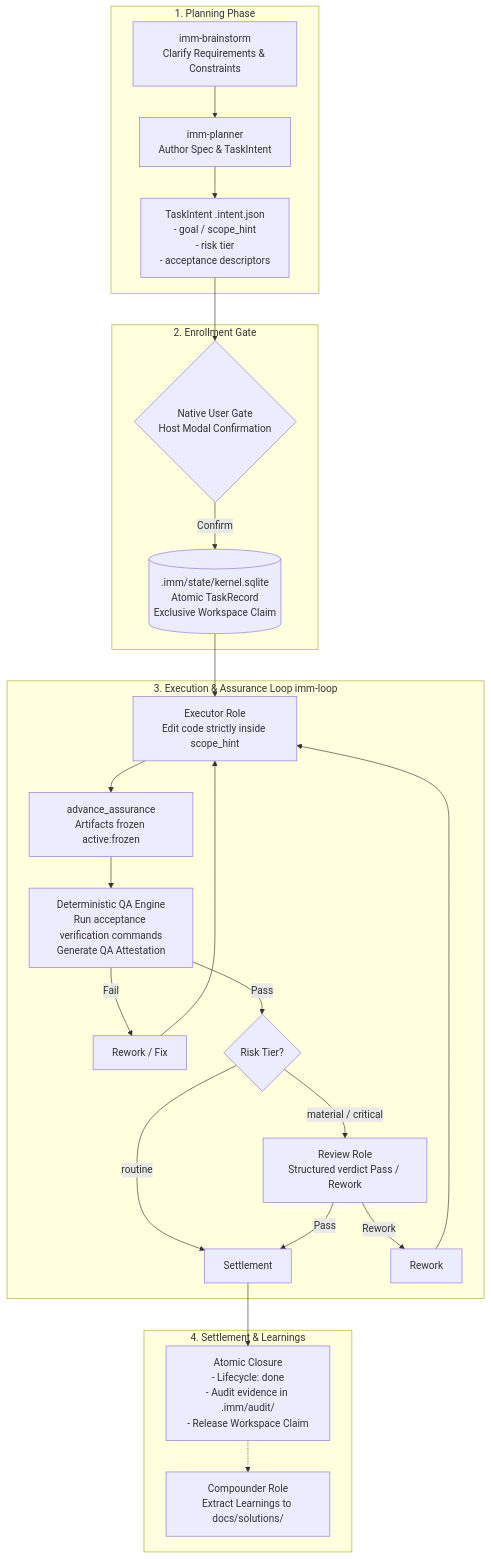
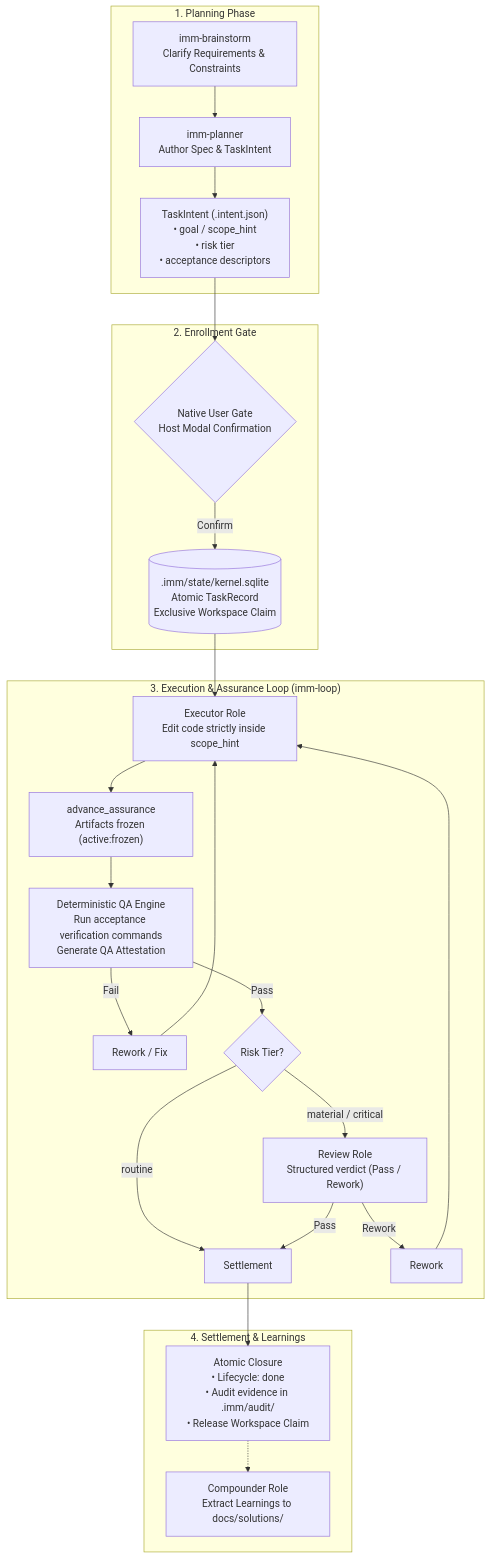
The diagram in README.md (dereknex/immune-brain), drawn with Mermaid before and after one commit. The commit also changed 1 other file, not shown here.

Commit message:
docs: fix mermaid subgraph syntax in lifecycle diagrams

````diff
--- a/README.md
+++ b/README.md
@@ -201,34 +201,34 @@
 ```mermaid
 flowchart TD
-    subgraph 1_Planning [1. Planning Phase]
-        B[imm-brainstorm<br/>Clarify Requirements & Constraints] --> P[imm-planner<br/>Author Spec & TaskIntent]
-        P --> TI[TaskIntent .intent.json<br/>- goal / scope_hint<br/>- risk tier<br/>- acceptance descriptors]
+    subgraph Planning ["1. Planning Phase"]
+        B["imm-brainstorm<br/>Clarify Requirements & Constraints"] --> P["imm-planner<br/>Author Spec & TaskIntent"]
+        P --> TI["TaskIntent (.intent.json)<br/>• goal / scope_hint<br/>• risk tier<br/>• acceptance descriptors"]
     end
 
-    subgraph 2_Enrollment [2. Enrollment Gate]
-        TI --> EG{Native User Gate<br/>Host Modal Confirmation}
-        EG -->|Confirm| KS[(.imm/state/kernel.sqlite<br/>Atomic TaskRecord<br/>Exclusive Workspace Claim)]
+    subgraph Enrollment ["2. Enrollment Gate"]
+        TI --> EG{"Native User Gate<br/>Host Modal Confirmation"}
+        EG -->|Confirm| KS[(".imm/state/kernel.sqlite<br/>Atomic TaskRecord<br/>Exclusive Workspace Claim")]
     end
 
-    subgraph 3_Loop [3. Execution & Assurance Loop imm-loop]
-        KS --> EX[Executor Role<br/>Edit code strictly inside scope_hint]
-        EX --> FRZ[advance_assurance<br/>Artifacts frozen active:frozen]
-        FRZ --> QA[Deterministic QA Engine<br/>Run acceptance verification commands<br/>Generate QA Attestation]
+    subgraph Loop ["3. Execution & Assurance Loop (imm-loop)"]
+        KS --> EX["Executor Role<br/>Edit code strictly inside scope_hint"]
+        EX --> FRZ["advance_assurance<br/>Artifacts frozen (active:frozen)"]
+        FRZ --> QA["Deterministic QA Engine<br/>Run acceptance verification commands<br/>Generate QA Attestation"]
         
-        QA -->|Fail| RW1[Rework / Fix]
+        QA -->|Fail| RW1["Rework / Fix"]
         RW1 --> EX
         
-        QA -->|Pass| RK{Risk Tier?}
-        RK -->|routine| ST[Settlement]
-        RK -->|material / critical| RV[Review Role<br/>Structured verdict Pass / Rework]
+        QA -->|Pass| RK{"Risk Tier?"}
+        RK -->|routine| ST["Settlement"]
+        RK -->|material / critical| RV["Review Role<br/>Structured verdict (Pass / Rework)"]
         
-        RV -->|Rework| RW2[Rework]
+        RV -->|Rework| RW2["Rework"]
         RW2 --> EX
         RV -->|Pass| ST
     end
 
-    subgraph 4_Settlement [4. Settlement & Learnings]
-        ST --> CLS[Atomic Closure<br/>- Lifecycle: done<br/>- Audit evidence in .imm/audit/<br/>- Release Workspace Claim]
-        CLS -.-> CP[Compounder Role<br/>Extract Learnings to docs/solutions/]
+    subgraph Settlement ["4. Settlement & Learnings"]
+        ST --> CLS["Atomic Closure<br/>• Lifecycle: done<br/>• Audit evidence in .imm/audit/<br/>• Release Workspace Claim"]
+        CLS -.-> CP["Compounder Role<br/>Extract Learnings to docs/solutions/"]
     end
 ```
````
